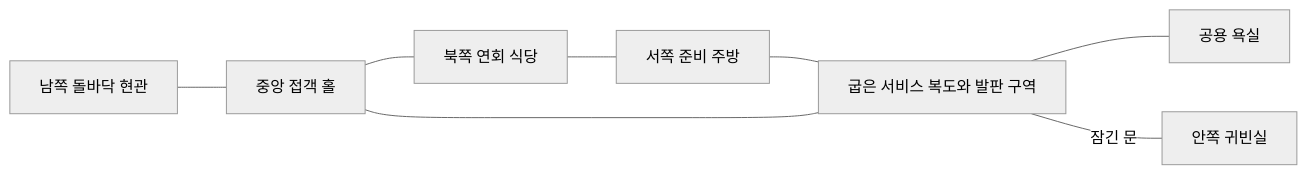
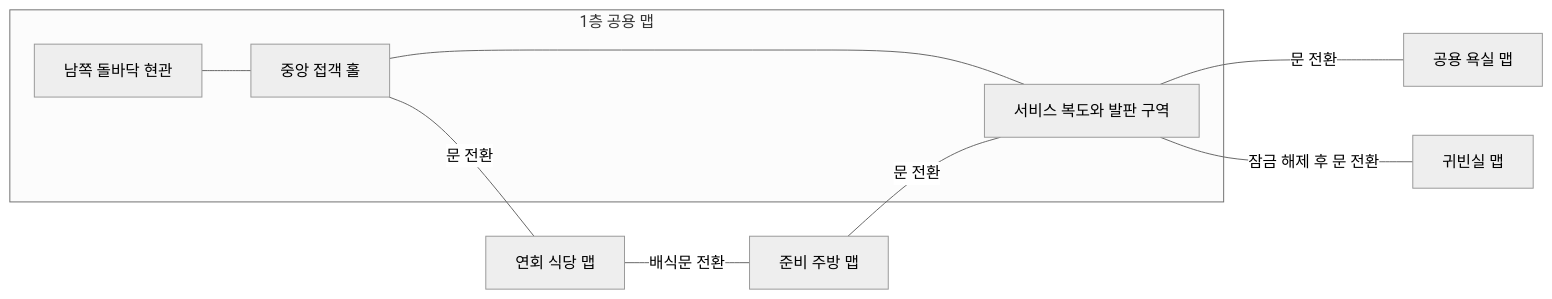
The diagram in docs/first_floor_layout_proposal.md (jogomme/OutOfSight), drawn with Mermaid (neutral theme) before and after one commit. The commit also changed other lines of this file, not shown here.

Commit message:
docs: define separate maps for lodge rooms

````diff
--- a/docs/first_floor_layout_proposal.md
+++ b/docs/first_floor_layout_proposal.md
@@ -27,10 +34,12 @@
 ```mermaid
 flowchart LR
-    E[남쪽 돌바닥 현관] --- L[중앙 접객 홀]
-    L --- D[북쪽 연회 식당]
-    D --- K[서쪽 준비 주방]
-    K --- H[굽은 서비스 복도와 발판 구역]
-    L --- H
-    H --- W[공용 욕실]
-    H ---|잠긴 문| B[안쪽 귀빈실]
+    subgraph F[1층 공용 맵]
+        E[남쪽 돌바닥 현관] --- L[중앙 접객 홀]
+        L --- H[서비스 복도와 발판 구역]
+    end
+    L ---|문 전환| D[연회 식당 맵]
+    D ---|배식문 전환| K[준비 주방 맵]
+    K ---|문 전환| H
+    H ---|문 전환| W[공용 욕실 맵]
+    H ---|잠금 해제 후 문 전환| B[귀빈실 맵]
 ```
````
